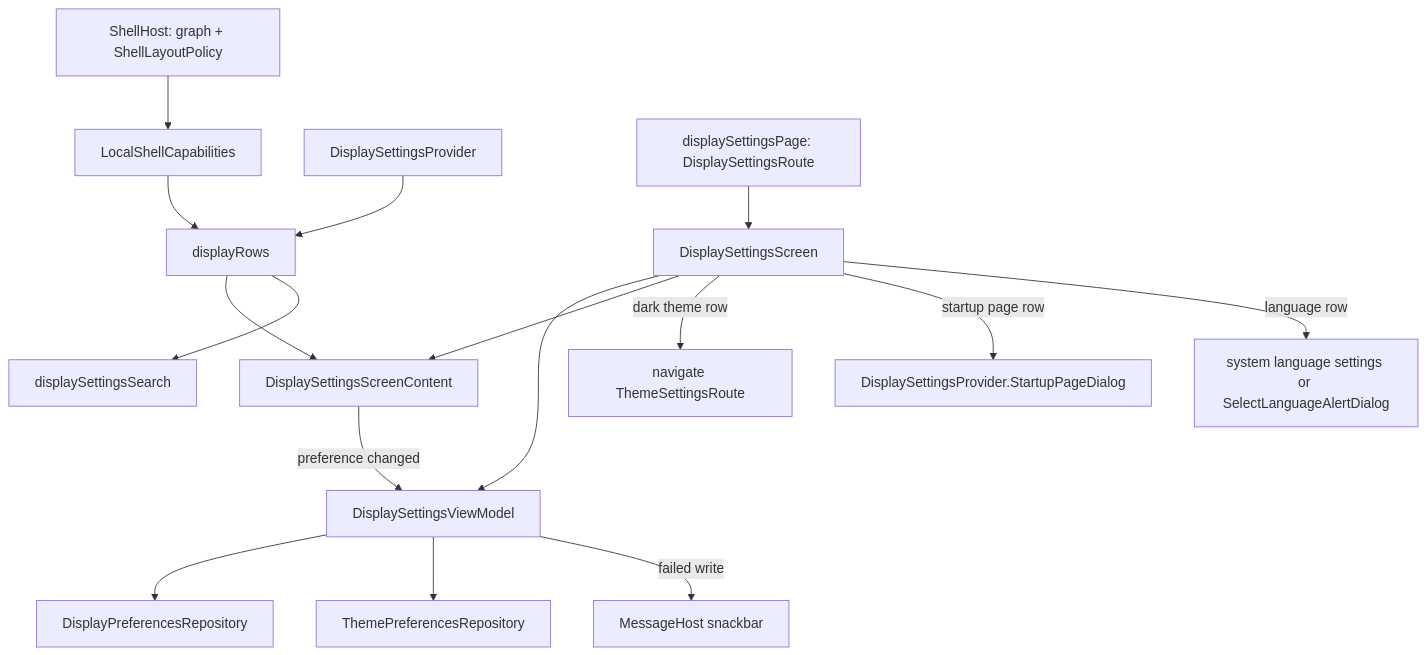
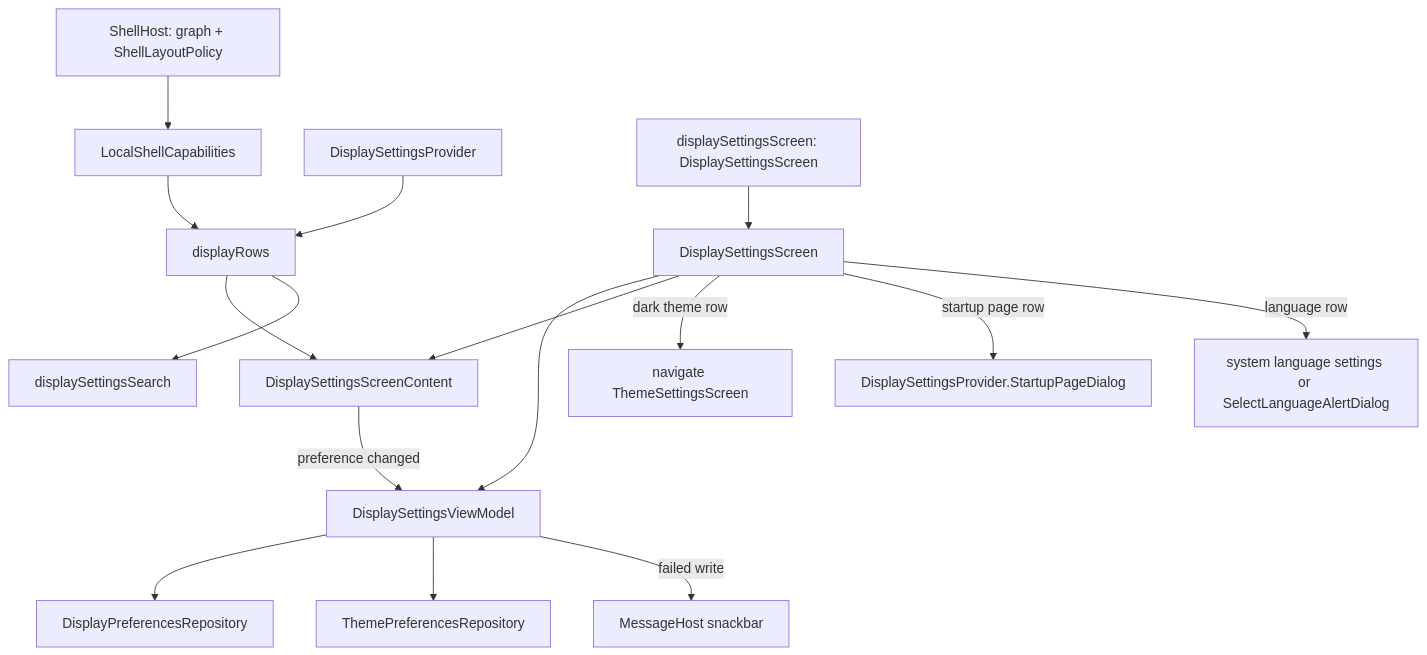
Before and after one commit to MihaiCristianCondrea/App-Toolkit-for-Android: the diagram in library/feature/display/README.md, drawn with Mermaid. The commit also changed other lines of this file and 125 other files, not shown here.

````diff
--- a/library/feature/display/README.md
+++ b/library/feature/display/README.md
@@ -69,18 +69,18 @@
 ```mermaid
 flowchart TD
     Host[ShellHost: graph + ShellLayoutPolicy] --> Caps[LocalShellCapabilities]
     Caps --> Rows[displayRows]
     Provider[DisplaySettingsProvider] --> Rows
     Rows --> Content[DisplaySettingsScreenContent]
     Rows --> Search[displaySettingsSearch]
-    Page[displaySettingsPage: DisplaySettingsRoute] --> Screen[DisplaySettingsScreen]
+    Page[displaySettingsScreen: DisplaySettingsScreen] --> Screen[DisplaySettingsScreen]
     Screen --> VM[DisplaySettingsViewModel]
     Screen --> Content
     VM --> Display[DisplayPreferencesRepository]
     VM --> Theme[ThemePreferencesRepository]
     Content -->|preference changed| VM
-    Screen -->|dark theme row| ThemeRoute[navigate ThemeSettingsRoute]
+    Screen -->|dark theme row| ThemeRoute[navigate ThemeSettingsScreen]
     Screen -->|startup page row| Dialog[DisplaySettingsProvider.StartupPageDialog]
     Screen -->|language row| Language[system language settings or SelectLanguageAlertDialog]
     VM -->|failed write| Messages[MessageHost snackbar]
 ```
````
